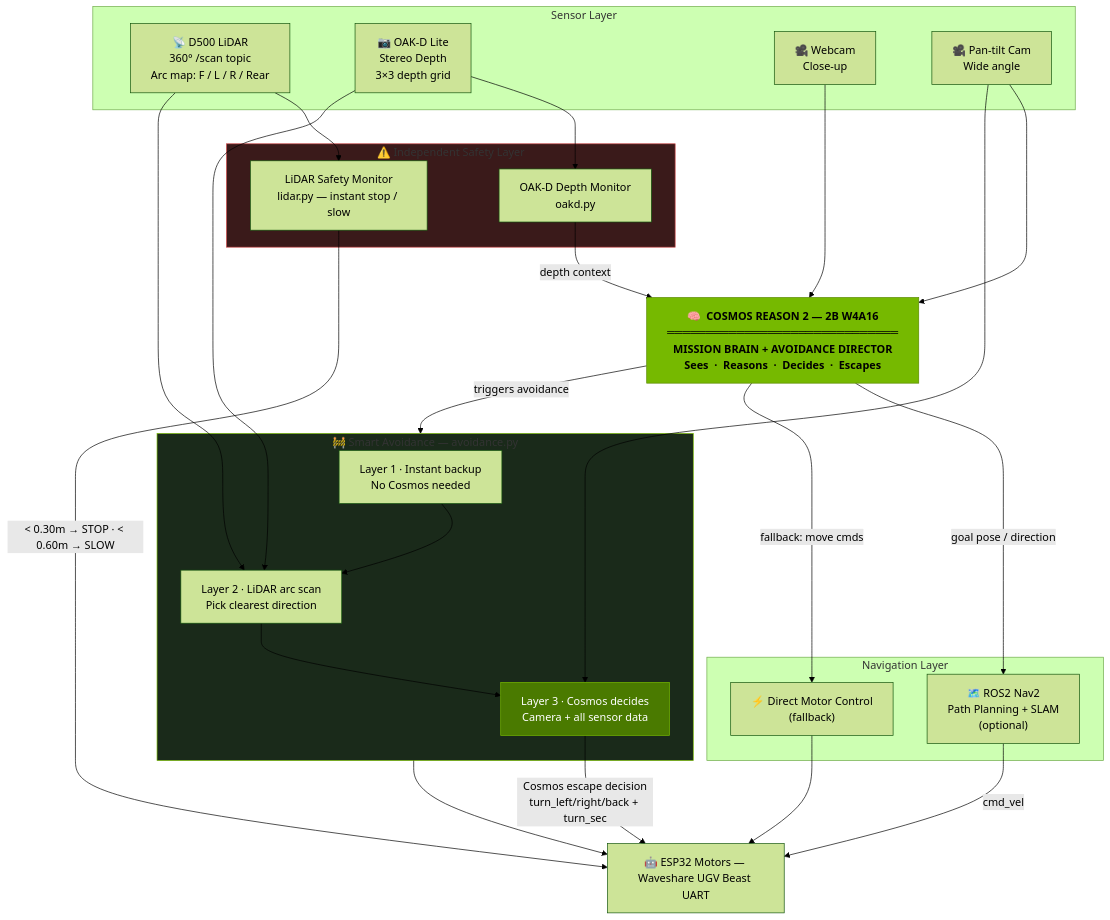
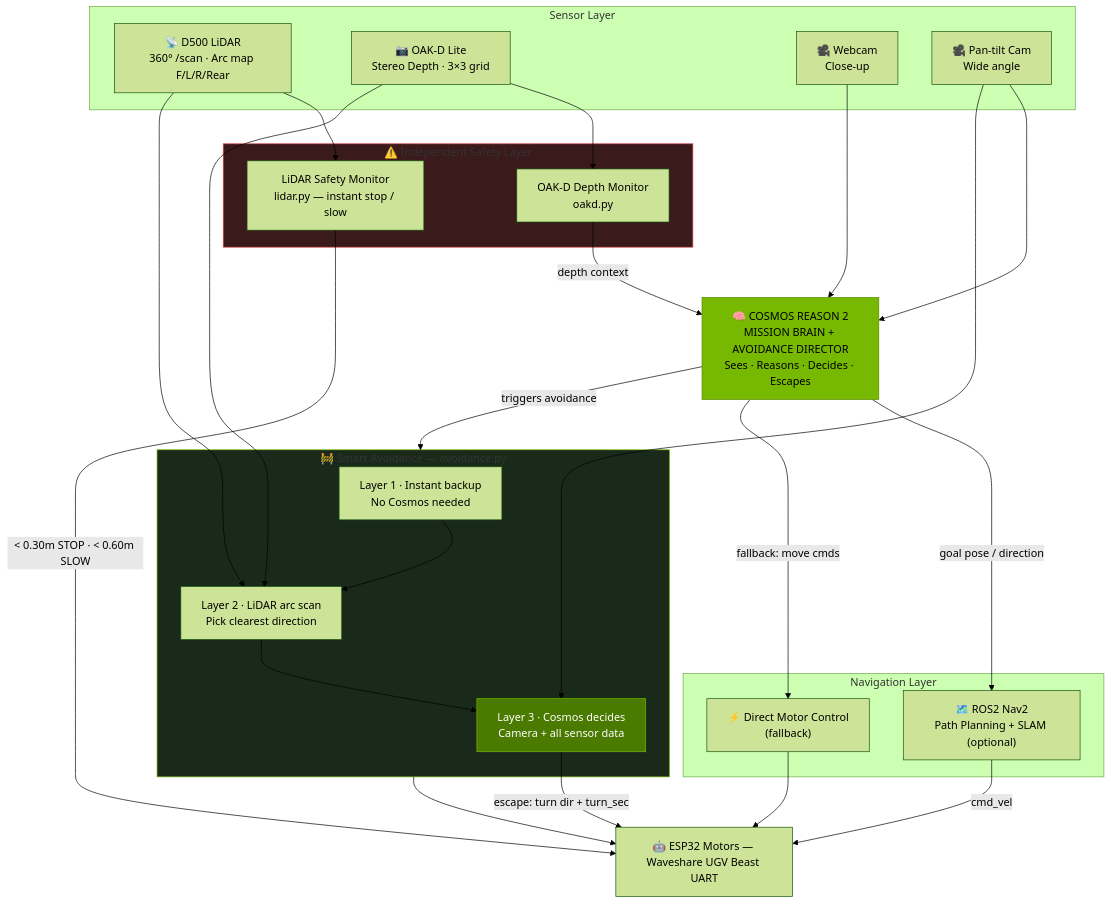
The first of 8 diagrams in README.md (OppaAI/eric), drawn with Mermaid (forest theme) before and after one commit. The commit also changed other lines of this file and 2 other files, not shown here.

````diff
--- a/README.md
+++ b/README.md
@@ -48,55 +48,55 @@
 ```mermaid
 flowchart TD
-    COSMOS["🧠  COSMOS REASON 2 — 2B W4A16\n══════════════════════════════\nMISSION BRAIN + AVOIDANCE DIRECTOR\nSees  ·  Reasons  ·  Decides  ·  Escapes"]
+    COSMOS["🧠 COSMOS REASON 2<br/>MISSION BRAIN + AVOIDANCE DIRECTOR<br/>Sees · Reasons · Decides · Escapes"]
 
     subgraph SENSORS["Sensor Layer"]
-        LIDAR["📡 D500 LiDAR\n360° /scan topic\nArc map: F / L / R / Rear"]
-        OAKD["📷 OAK-D Lite\nStereo Depth\n3×3 depth grid"]
-        CAM1["🎥 Webcam\nClose-up"]
-        CAM2["🎥 Pan-tilt Cam\nWide angle"]
+        LIDAR["📡 D500 LiDAR<br/>360° /scan · Arc map F/L/R/Rear"]
+        OAKD["📷 OAK-D Lite<br/>Stereo Depth · 3×3 grid"]
+        CAM1["🎥 Webcam<br/>Close-up"]
+        CAM2["🎥 Pan-tilt Cam<br/>Wide angle"]
     end
 
     subgraph AVOIDANCE["🚧 Smart Avoidance — avoidance.py"]
-        AV1["Layer 1 · Instant backup\nNo Cosmos needed"]
-        AV2["Layer 2 · LiDAR arc scan\nPick clearest direction"]
-        AV3["Layer 3 · Cosmos decides\nCamera + all sensor data"]
+        AV1["Layer 1 · Instant backup<br/>No Cosmos needed"]
+        AV2["Layer 2 · LiDAR arc scan<br/>Pick clearest direction"]
+        AV3["Layer 3 · Cosmos decides<br/>Camera + all sensor data"]
         AV1 --> AV2 --> AV3
     end
 
     subgraph SAFETY["⚠️ Independent Safety Layer"]
-        LIDAR_MON["LiDAR Safety Monitor\nlidar.py — instant stop / slow"]
-        OAKD_MON["OAK-D Depth Monitor\noakd.py"]
+        LIDAR_MON["LiDAR Safety Monitor<br/>lidar.py — instant stop / slow"]
+        OAKD_MON["OAK-D Depth Monitor<br/>oakd.py"]
     end
 
     subgraph NAV["Navigation Layer"]
-        NAV2["🗺️ ROS2 Nav2\nPath Planning + SLAM\n(optional)"]
-        DIRECT["⚡ Direct Motor Control\n(fallback)"]
+        NAV2["🗺️ ROS2 Nav2<br/>Path Planning + SLAM (optional)"]
+        DIRECT["⚡ Direct Motor Control<br/>(fallback)"]
     end
 
     MOTORS["🤖 ESP32 Motors — Waveshare UGV Beast UART"]
 
     CAM1 --> COSMOS
     CAM2 --> COSMOS
     OAKD --> OAKD_MON
     LIDAR --> LIDAR_MON
     LIDAR --> AV2
     OAKD --> AV2
     CAM2 --> AV3
 
     COSMOS -->|"goal pose / direction"| NAV2
     COSMOS -->|"fallback: move cmds"| DIRECT
     COSMOS -->|"triggers avoidance"| AVOIDANCE
-    AV3 -->|"Cosmos escape decision\nturn_left/right/back + turn_sec"| MOTORS
+    AV3 -->|"escape: turn dir + turn_sec"| MOTORS
 
     NAV2 -->|cmd_vel| MOTORS
     DIRECT --> MOTORS
 
-    LIDAR_MON -->|"< 0.30m → STOP · < 0.60m → SLOW"| MOTORS
+    LIDAR_MON -->|"< 0.30m STOP · < 0.60m SLOW"| MOTORS
     OAKD_MON -->|"depth context"| COSMOS
     AVOIDANCE --> MOTORS
 
-    style COSMOS fill:#76b900,stroke:#5a8a00,color:#000000,font-weight:bold
+    style COSMOS fill:#76b900,stroke:#5a8a00,color:#000000
     style AV3 fill:#4a7a00,stroke:#76b900,color:#ffffff
     style SAFETY fill:#3a1a1a,stroke:#cc4444
     style AVOIDANCE fill:#1a2a1a,stroke:#76b900
 ```
````
